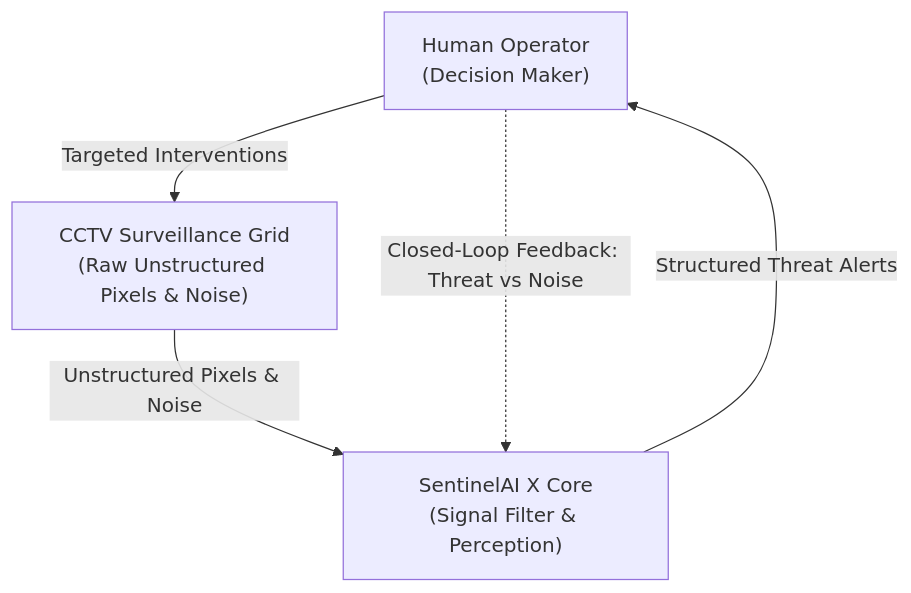
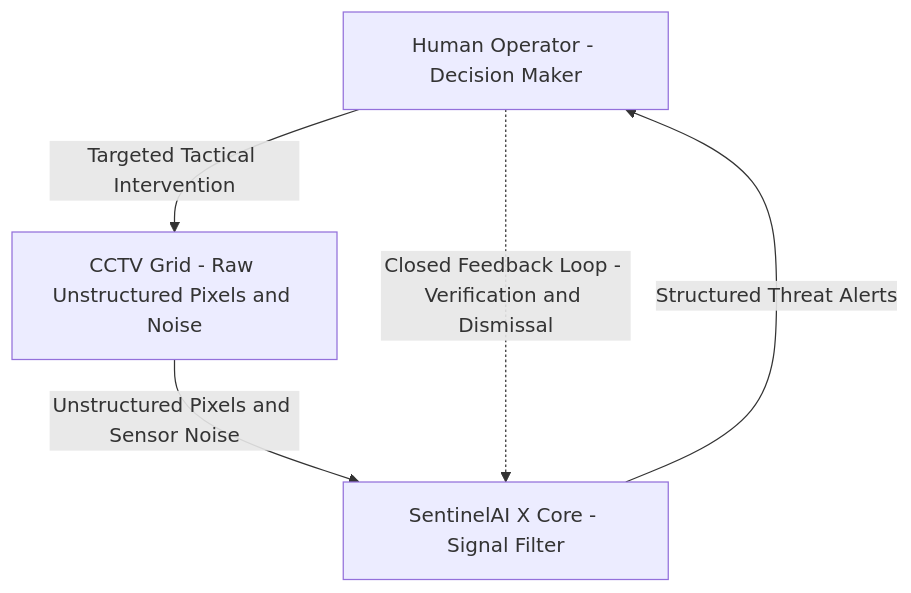
One commit to kirancube/SentinelAIX changed the second of 12 diagrams in README.md. Above: the diagram before and after it, drawn with Mermaid. The commit also changed other lines of this file and 11 other files, not shown here.

Commit message:
fix(mermaid): resolve edge label syntax errors, add layman explanations, SOTA 2026 research comparison, and Vercel/Render cloud deployment

````diff
--- a/README.md
+++ b/README.md
@@ -63,11 +80,11 @@
 ```mermaid
-graph TD
-    OPERATOR["Human Operator<br/>(Decision Maker)"]
-    CORE["SentinelAI X Core<br/>(Signal Filter & Perception)"]
-    GRID["CCTV Surveillance Grid<br/>(Raw Unstructured Pixels & Noise)"]
+flowchart TD
+    OPERATOR["Human Operator - Decision Maker"]
+    CORE["SentinelAI X Core - Signal Filter"]
+    GRID["CCTV Grid - Raw Unstructured Pixels and Noise"]
 
-    GRID -->|Unstructured Pixels & Noise| CORE
+    GRID -->|Unstructured Pixels and Sensor Noise| CORE
     CORE -->|Structured Threat Alerts| OPERATOR
-    OPERATOR -.->|Closed-Loop Feedback: Threat vs Noise| CORE
-    OPERATOR -->|Targeted Interventions| GRID
+    OPERATOR -.->|Closed Feedback Loop - Verification and Dismissal| CORE
+    OPERATOR -->|Targeted Tactical Intervention| GRID
 ```
````
